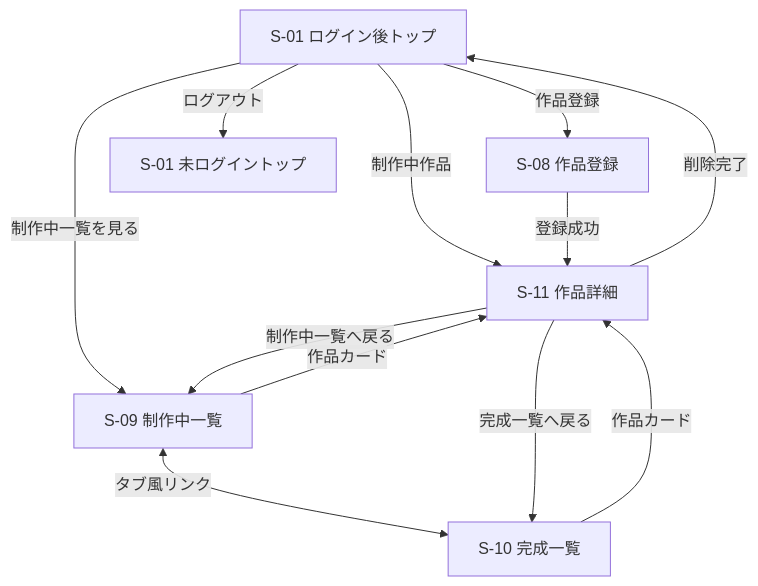
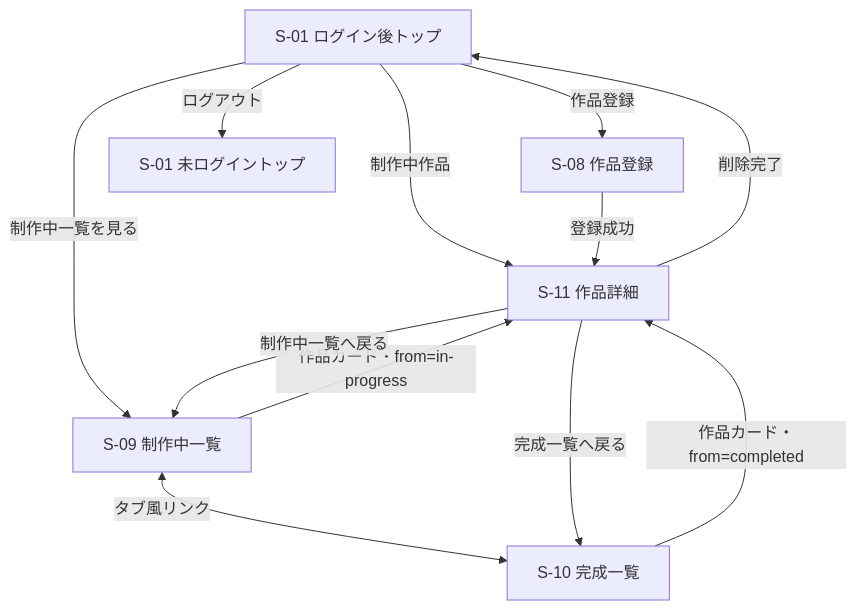
One commit to 14knkn-wq/Knitting-public changed the second of 2 diagrams in docs/03_screen-design.md. Above: the diagram before and after it, drawn with Mermaid. The commit also changed other lines of this file and 6 other files, not shown here.

````diff
--- a/docs/03_screen-design.md
+++ b/docs/03_screen-design.md
@@ -207,21 +209,21 @@
 ```mermaid
 flowchart TB
     S01L["S-01 ログイン後トップ"]
     S08["S-08 作品登録"]
     S09["S-09 制作中一覧"]
     S10["S-10 完成一覧"]
     S11["S-11 作品詳細"]
     S01U["S-01 未ログイントップ"]
 
     S01L -->|作品登録| S08
     S01L -->|制作中作品| S11
     S01L -->|制作中一覧を見る| S09
     S08 -->|登録成功| S11
     S09 <-->|タブ風リンク| S10
-    S09 -->|作品カード| S11
-    S10 -->|作品カード| S11
+    S09 -->|作品カード・from=in-progress| S11
+    S10 -->|作品カード・from=completed| S11
     S11 -->|制作中一覧へ戻る| S09
     S11 -->|完成一覧へ戻る| S10
     S11 -->|削除完了| S01L
     S01L -->|ログアウト| S01U
 ```
````
